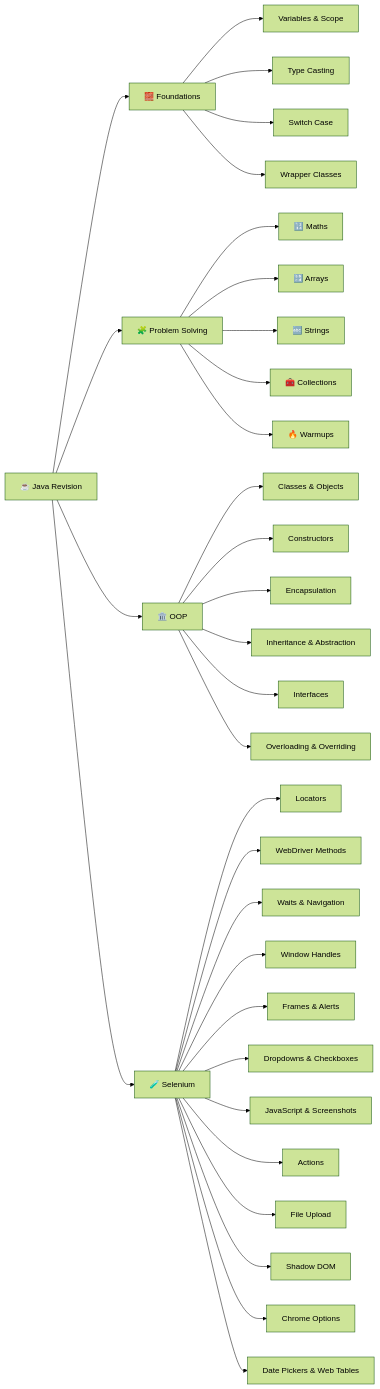
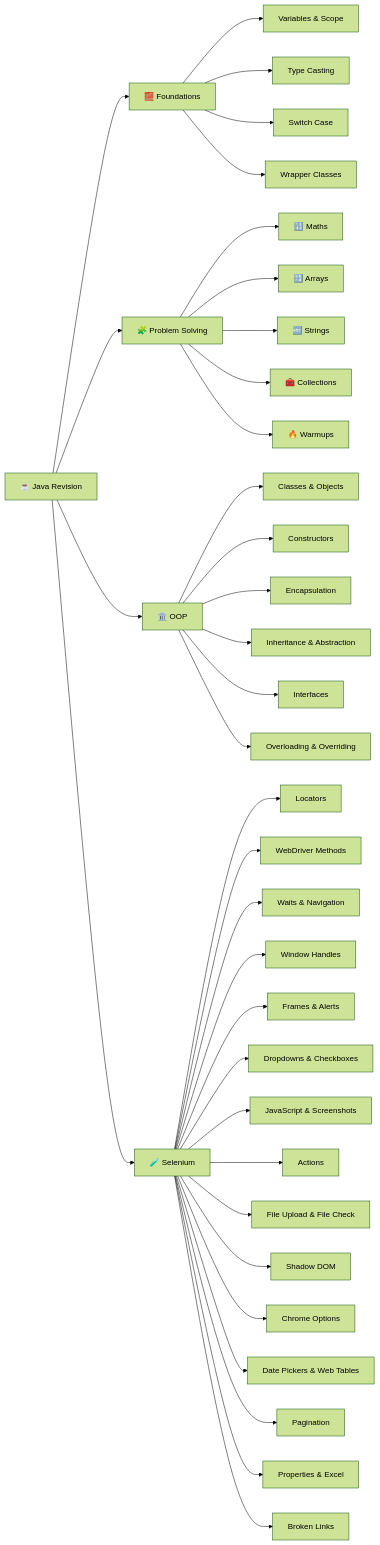
Before and after one commit to Sameer-Programmer/2026_Sep_Java_Rivision: the diagram in Sep_2026_Practice/README.md, drawn with Mermaid (forest theme). The commit also changed other lines of this file, not shown here.

````diff
--- a/Sep_2026_Practice/README.md
+++ b/Sep_2026_Practice/README.md
@@ -36,38 +36,41 @@
 ```mermaid
 flowchart LR
     A[☕ Java Revision] --> B[🧱 Foundations]
     A --> C[🧩 Problem Solving]
     A --> D[🏛️ OOP]
     A --> E[🧪 Selenium]
 
     B --> B1[Variables & Scope]
     B --> B2[Type Casting]
     B --> B3[Switch Case]
     B --> B4[Wrapper Classes]
 
     C --> C1[🔢 Maths]
     C --> C2[🔡 Arrays]
     C --> C3[🔤 Strings]
     C --> C4[🧰 Collections]
     C --> C5[🔥 Warmups]
 
     D --> D1[Classes & Objects]
     D --> D2[Constructors]
     D --> D3[Encapsulation]
     D --> D4[Inheritance & Abstraction]
     D --> D5[Interfaces]
     D --> D6[Overloading & Overriding]
 
     E --> E1[Locators]
     E --> E2[WebDriver Methods]
     E --> E3[Waits & Navigation]
     E --> E4[Window Handles]
     E --> E5[Frames & Alerts]
     E --> E6[Dropdowns & Checkboxes]
     E --> E7[JavaScript & Screenshots]
     E --> E8[Actions]
-    E --> E9[File Upload]
+    E --> E9[File Upload & File Check]
     E --> E10[Shadow DOM]
     E --> E11[Chrome Options]
     E --> E12[Date Pickers & Web Tables]
+    E --> E13[Pagination]
+    E --> E14[Properties & Excel]
+    E --> E15[Broken Links]
 ```
````
